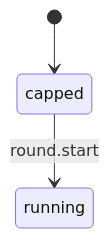
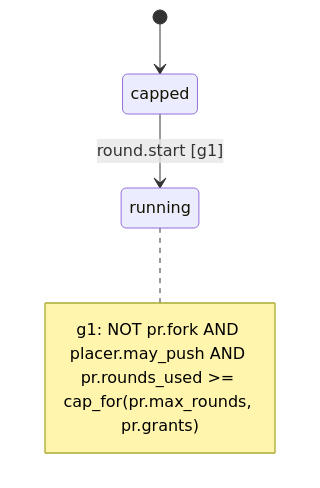
The diagram in .github/conveyor-model/mermaid/conveyor_keep_going.mmd (kostiantyn-matsebora/agent-ops-operator), drawn with Mermaid before and after one commit. The commit also changed 6 other files, not shown here.

```diff
--- a/.github/conveyor-model/mermaid/conveyor_keep_going.mmd
+++ b/.github/conveyor-model/mermaid/conveyor_keep_going.mmd
@@ -1,5 +1,8 @@
 stateDiagram-v2
     [*] --> capped
     state capped
     state running
-    capped --> running : round.start
+    capped --> running : round.start [g1]
+    note right of running
+        g1: NOT pr.fork AND placer.may_push AND pr.rounds_used >= cap_for(pr.max_rounds, pr.grants)
+    end note
```
